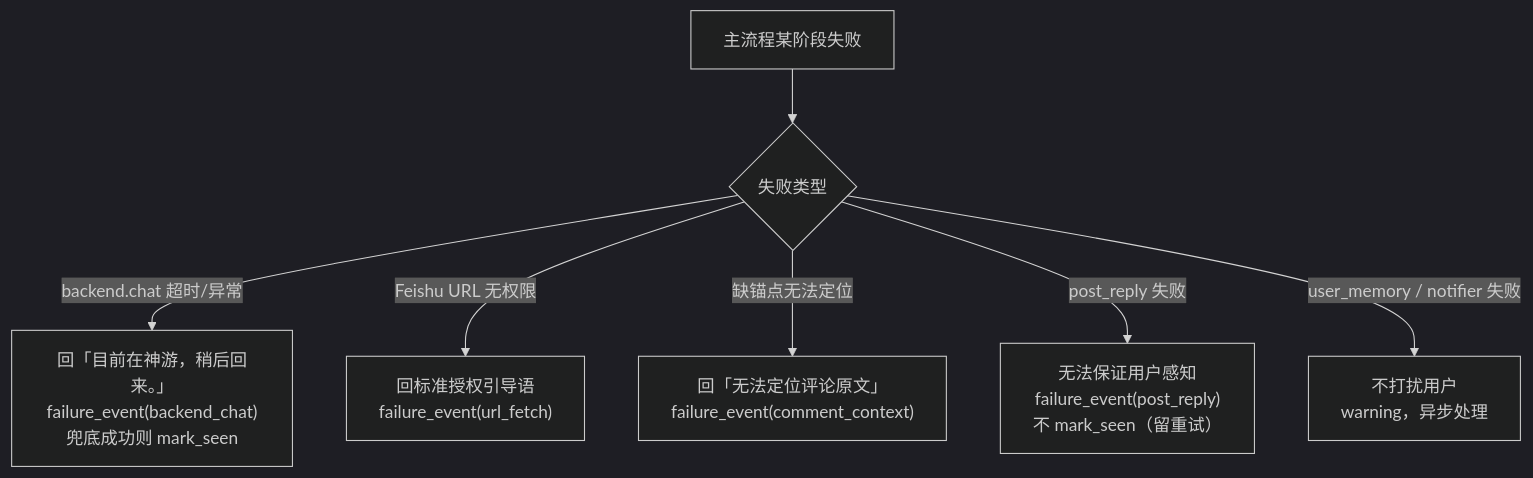
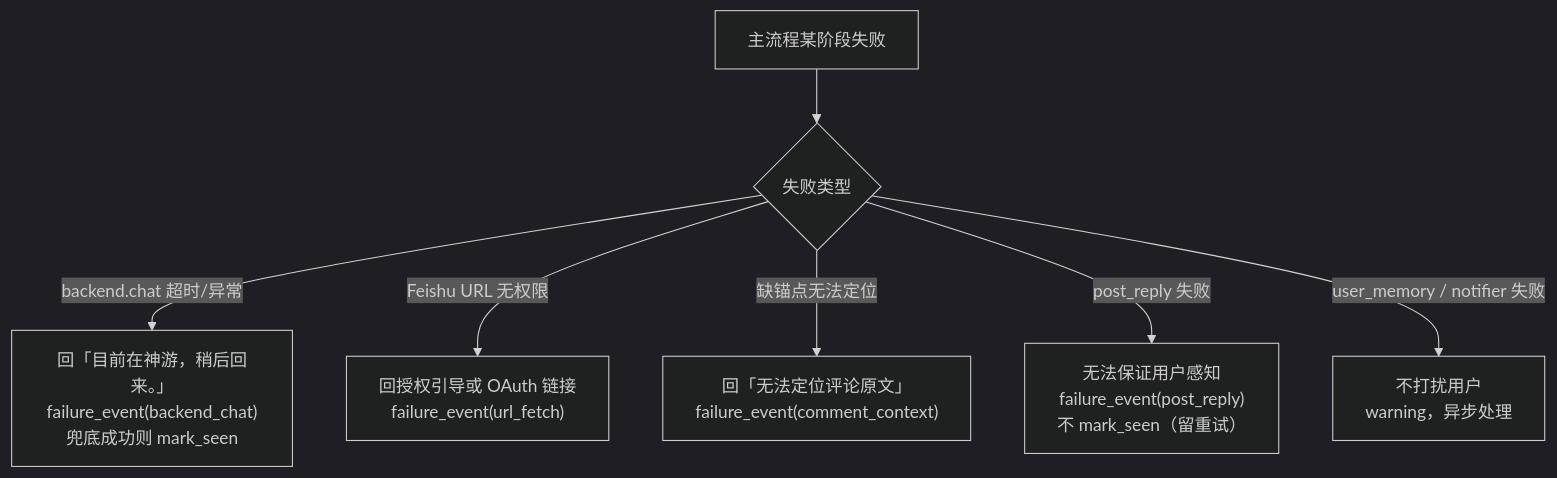
One commit to permanentstar/lark-doc-whisper changed the fifth of 7 diagrams in docs/lark_doc_whisper_architecture.zh-CN.md. Above: the diagram before and after it, drawn with Mermaid (dark theme). The commit also changed other lines of this file and 21 other files, not shown here.

First line of the commit message:
feat: OAuth user token fallback for unauthorized Feishu doc links

````diff
--- a/docs/lark_doc_whisper_architecture.zh-CN.md
+++ b/docs/lark_doc_whisper_architecture.zh-CN.md
@@ -202,9 +202,9 @@
 ```mermaid
 flowchart TD
     ERR["主流程某阶段失败"] --> KIND{失败类型}
     KIND -->|backend.chat 超时/异常| R1["回「目前在神游，稍后回来。」<br/>failure_event(backend_chat)<br/>兜底成功则 mark_seen"]
-    KIND -->|Feishu URL 无权限| R2["回标准授权引导语<br/>failure_event(url_fetch)"]
+    KIND -->|Feishu URL 无权限| R2["回授权引导或 OAuth 链接<br/>failure_event(url_fetch)"]
     KIND -->|缺锚点无法定位| R3["回「无法定位评论原文」<br/>failure_event(comment_context)"]
     KIND -->|post_reply 失败| R4["无法保证用户感知<br/>failure_event(post_reply)<br/>不 mark_seen（留重试）"]
     KIND -->|user_memory / notifier 失败| R5["不打扰用户<br/>warning，异步处理"]
 ```
````
